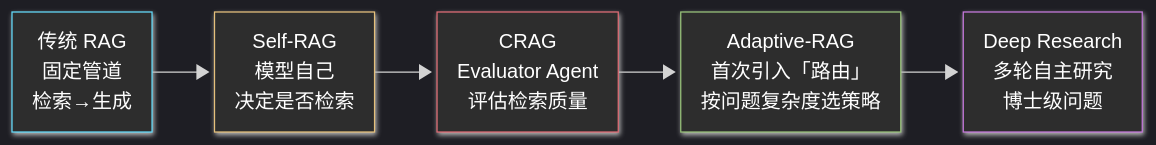
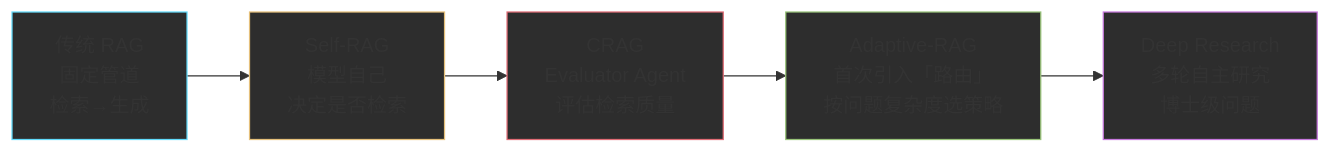
One commit to zht043/AgenticCodingTutorial changed the ninth of 10 diagrams in docs/ch02-concepts/reference-memory-and-context.md. Above: the diagram before and after it, drawn with Mermaid. The commit also changed other lines of this file and 100 other files, not shown here.

````diff
--- a/docs/ch02-concepts/reference-memory-and-context.md
+++ b/docs/ch02-concepts/reference-memory-and-context.md
@@ -321,18 +321,13 @@
 ```mermaid
----
-config:
-  look: neo
-  theme: dark
----
 flowchart LR
     RAG0["传统 RAG<br/>固定管道<br/>检索→生成"] --> SelfRAG["Self-RAG<br/>模型自己<br/>决定是否检索"]
     SelfRAG --> CRAG["CRAG<br/>Evaluator Agent<br/>评估检索质量"]
     CRAG --> AdaptiveRAG["Adaptive-RAG<br/>首次引入「路由」<br/>按问题复杂度选策略"]
     AdaptiveRAG --> Deep["Deep Research<br/>多轮自主研究<br/>博士级问题"]
 
-    style RAG0 fill:#2d2d2d,stroke:#61dafb,color:#fff
-    style SelfRAG fill:#2d2d2d,stroke:#e5c07b,color:#fff
-    style CRAG fill:#2d2d2d,stroke:#e06c75,color:#fff
-    style AdaptiveRAG fill:#2d2d2d,stroke:#98c379,color:#fff
-    style Deep fill:#2d2d2d,stroke:#c678dd,color:#fff
+    style RAG0 fill:#2d2d2d,stroke:#61dafb
+    style SelfRAG fill:#2d2d2d,stroke:#e5c07b
+    style CRAG fill:#2d2d2d,stroke:#e06c75
+    style AdaptiveRAG fill:#2d2d2d,stroke:#98c379
+    style Deep fill:#2d2d2d,stroke:#c678dd
 ```
````
